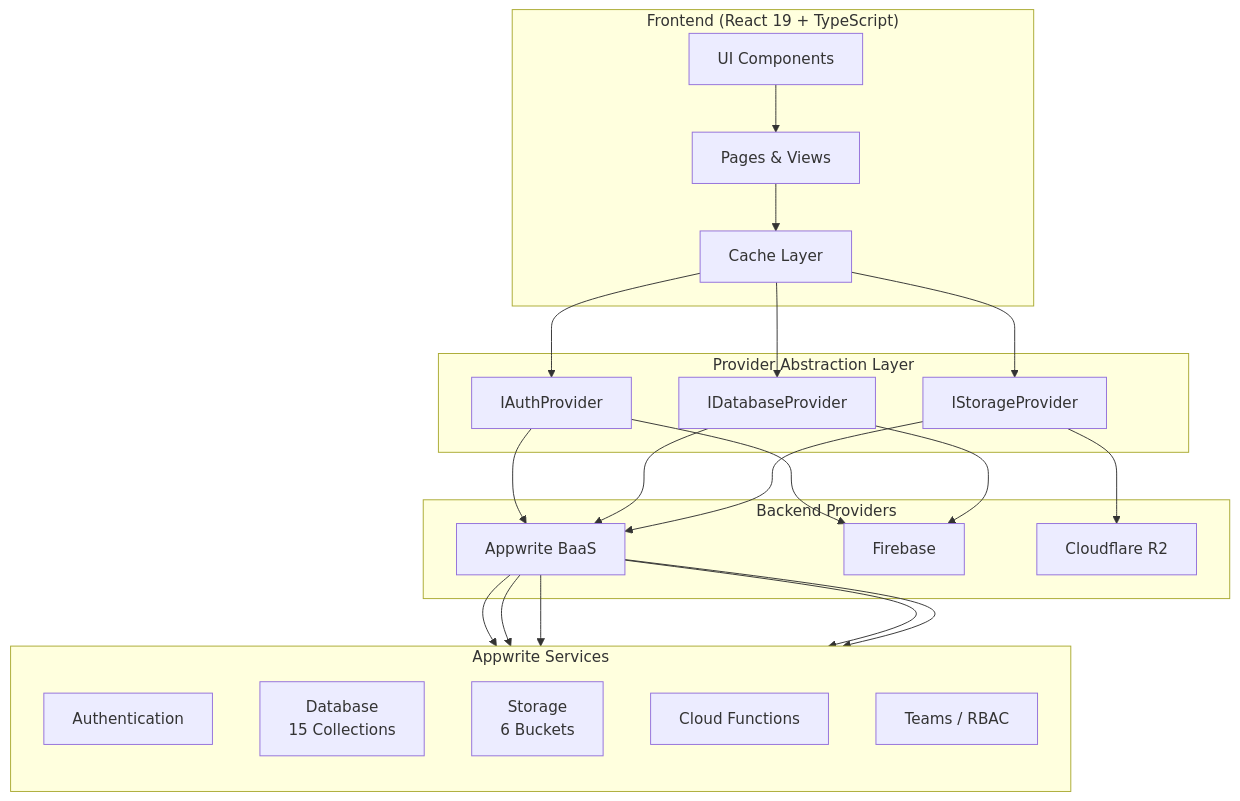
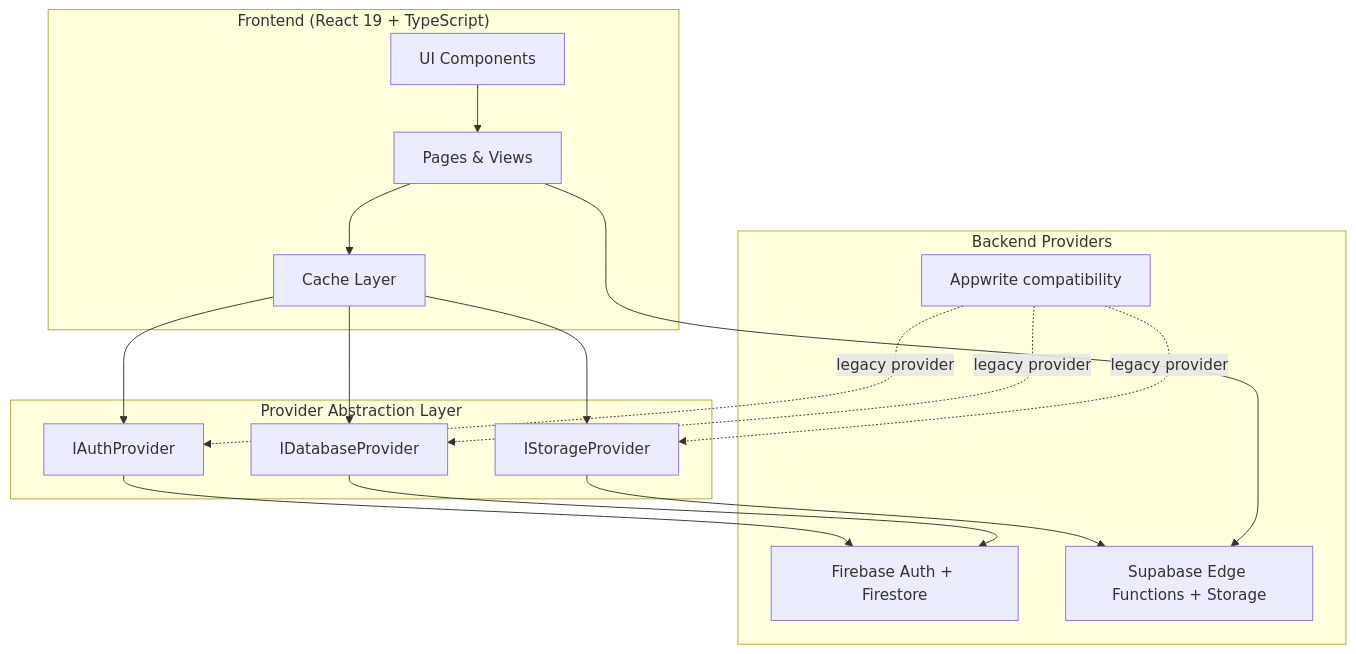
Before and after one commit to james719-code/SPECS-Organization-Management-System: the first of 2 diagrams in README.md, drawn with Mermaid. The commit also changed other lines of this file and 61 other files, not shown here.

First line of the commit message:
Migrate portal runtime to Firebase and Supabase

````diff
--- a/README.md
+++ b/README.md
@@ -27,46 +29,33 @@
 ```mermaid
 graph TB
     subgraph "Frontend (React 19 + TypeScript)"
         UI[UI Components]
         PAGES[Pages & Views]
         CACHE[Cache Layer]
     end
 
     subgraph "Provider Abstraction Layer"
         AUTH[IAuthProvider]
         DB[IDatabaseProvider]
         STORAGE[IStorageProvider]
     end
 
     subgraph "Backend Providers"
-        APPWRITE[Appwrite BaaS]
-        FIREBASE[Firebase]
-        R2[Cloudflare R2]
-    end
-
-    subgraph "Appwrite Services"
-        direction TB
-        AUTH_SVC[Authentication]
-        DB_SVC[Database<br/>15 Collections]
-        STORE_SVC[Storage<br/>6 Buckets]
-        FUNC_SVC[Cloud Functions]
-        TEAMS_SVC[Teams / RBAC]
+        FIREBASE[Firebase Auth + Firestore]
+        SUPABASE[Supabase Edge Functions + Storage]
+        APPWRITE[Appwrite compatibility]
     end
 
     UI --> PAGES
     PAGES --> CACHE
     CACHE --> AUTH
     CACHE --> DB
     CACHE --> STORAGE
-    AUTH --> APPWRITE
     AUTH --> FIREBASE
-    DB --> APPWRITE
     DB --> FIREBASE
-    STORAGE --> APPWRITE
-    STORAGE --> R2
-    APPWRITE --> AUTH_SVC
-    APPWRITE --> DB_SVC
-    APPWRITE --> STORE_SVC
-    APPWRITE --> FUNC_SVC
-    APPWRITE --> TEAMS_SVC
+    STORAGE --> SUPABASE
+    PAGES --> SUPABASE
+    APPWRITE -. legacy provider .-> AUTH
+    APPWRITE -. legacy provider .-> DB
+    APPWRITE -. legacy provider .-> STORAGE
 ```
````
